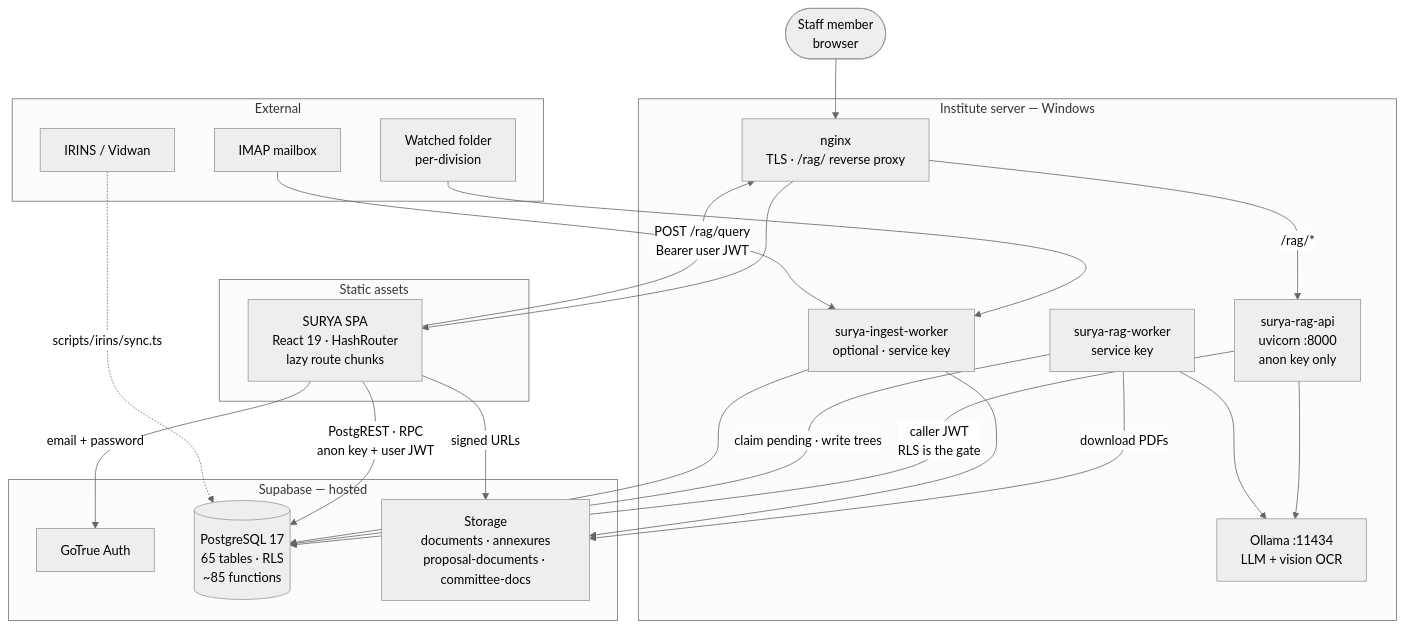
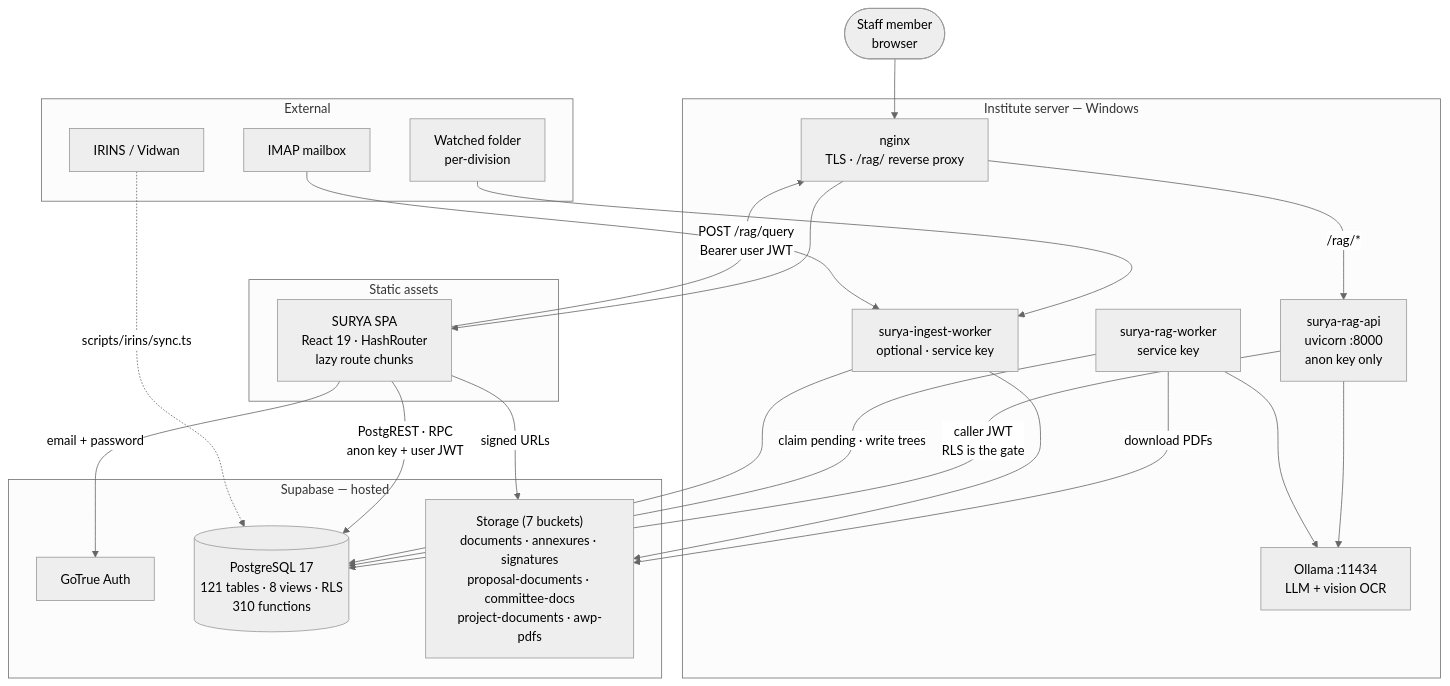
Before and after one commit to vkhare87/SuryaCSIR: the first of 21 diagrams in docs/engineering/system_design.md, drawn with Mermaid (neutral theme). The commit also changed other lines of this file and 255 other files, not shown here.

Commit message:
feat(roadmap): complete Stages 0-7 implementation and verification

````diff
--- a/docs/engineering/system_design.md
+++ b/docs/engineering/system_design.md
@@ -13,46 +13,46 @@
 ```mermaid
 graph TB
   U(["Staff member<br/>browser"])
 
   subgraph Static["Static assets"]
     SPA["SURYA SPA<br/>React 19 · HashRouter<br/>lazy route chunks"]
   end
 
   subgraph Server["Institute server — Windows"]
     NG["nginx<br/>TLS · /rag/ reverse proxy"]
     API["surya-rag-api<br/>uvicorn :8000<br/>anon key only"]
     W["surya-rag-worker<br/>service key"]
     IW["surya-ingest-worker<br/>optional · service key"]
     OL["Ollama :11434<br/>LLM + vision OCR"]
   end
 
   subgraph Cloud["Supabase — hosted"]
     GT["GoTrue Auth"]
-    PG[("PostgreSQL 17<br/>65 tables · RLS<br/>~85 functions")]
-    ST["Storage<br/>documents · annexures<br/>proposal-documents · committee-docs"]
+    PG[("PostgreSQL 17<br/>121 tables · 8 views · RLS<br/>310 functions")]
+    ST["Storage (7 buckets)<br/>documents · annexures · signatures<br/>proposal-documents · committee-docs<br/>project-documents · awp-pdfs"]
   end
 
   subgraph Ext["External"]
     FS["Watched folder<br/>per-division"]
     MB["IMAP mailbox"]
     IR["IRINS / Vidwan"]
   end
 
   U --> NG
   NG --> SPA
   NG -->|"/rag/*"| API
   SPA -->|"email + password"| GT
   SPA -->|"PostgREST · RPC<br/>anon key + user JWT"| PG
   SPA -->|"signed URLs"| ST
   SPA -->|"POST /rag/query<br/>Bearer user JWT"| NG
   API -->|"caller JWT<br/>RLS is the gate"| PG
   API --> OL
   W -->|"claim pending · write trees"| PG
   W -->|"download PDFs"| ST
   W --> OL
   IW --> PG
   IW --> ST
   FS --> IW
   MB --> IW
   IR -.->|"scripts/irins/sync.ts"| PG
 ```
````
